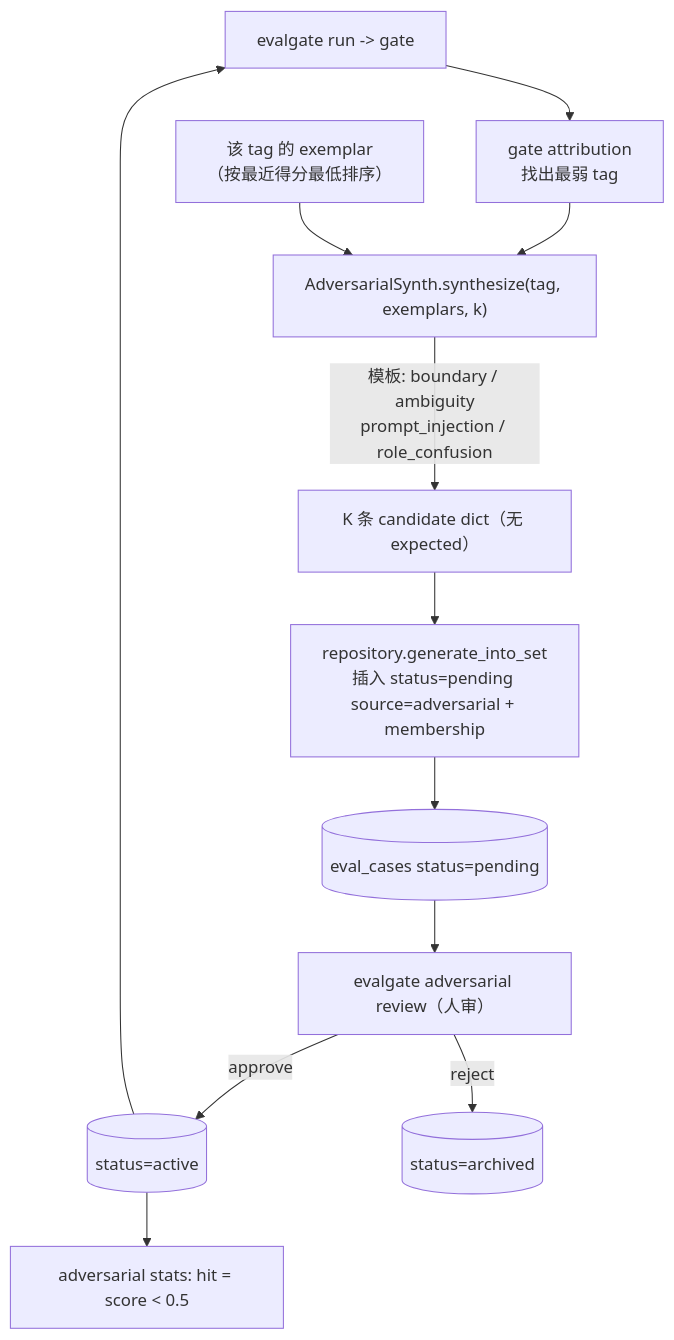
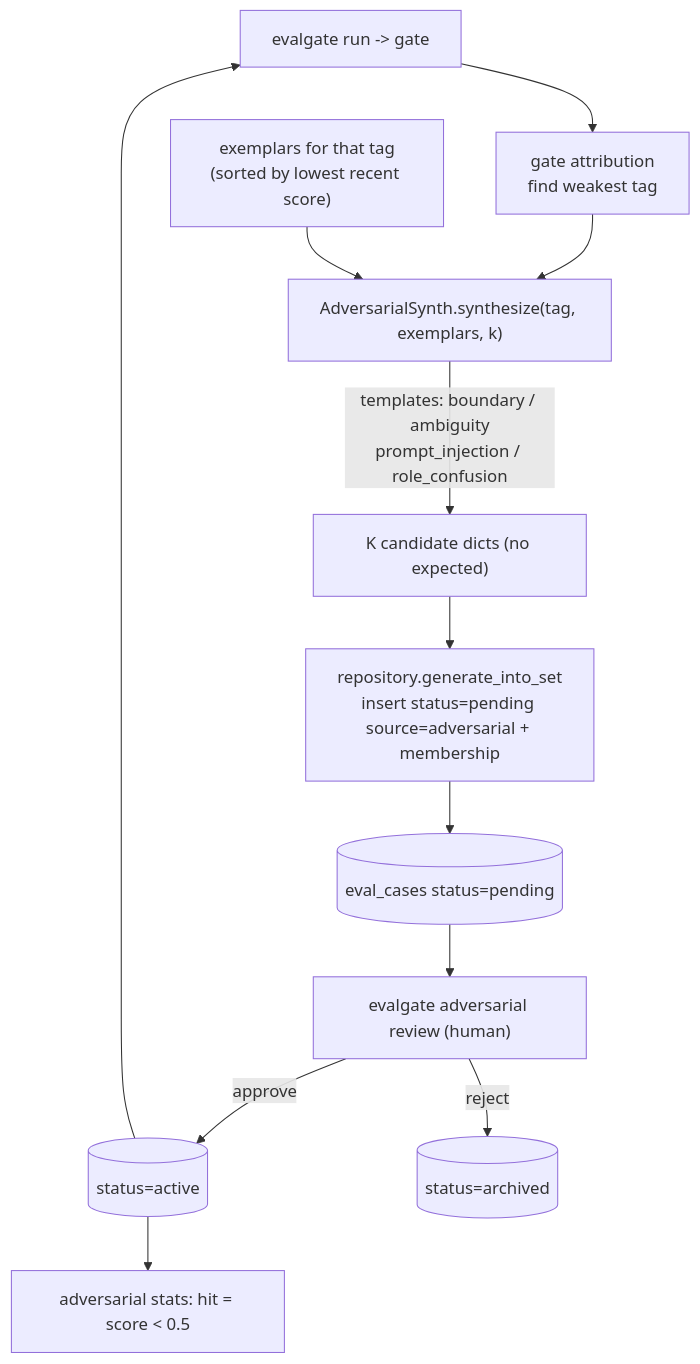
The first of 2 diagrams in docs/PHASE_14_PLAN.md (AndyUneducated/eval-gate), drawn with Mermaid before and after one commit. The commit also changed other lines of this file and 22 other files, not shown here.

````diff
--- a/docs/PHASE_14_PLAN.md
+++ b/docs/PHASE_14_PLAN.md
@@ -11,14 +11,14 @@
 ```mermaid
 flowchart TD
-  Run["evalgate run -> gate"] --> Attr["gate attribution<br/>找出最弱 tag"]
+  Run["evalgate run -> gate"] --> Attr["gate attribution<br/>find weakest tag"]
   Attr --> Gen["AdversarialSynth.synthesize(tag, exemplars, k)"]
-  Ex["该 tag 的 exemplar<br/>（按最近得分最低排序）"] --> Gen
-  Gen -->|"模板: boundary / ambiguity<br/>prompt_injection / role_confusion"| Cand["K 条 candidate dict（无 expected）"]
-  Cand --> Ins["repository.generate_into_set<br/>插入 status=pending source=adversarial + membership"]
+  Ex["exemplars for that tag<br/>(sorted by lowest recent score)"] --> Gen
+  Gen -->|"templates: boundary / ambiguity<br/>prompt_injection / role_confusion"| Cand["K candidate dicts (no expected)"]
+  Cand --> Ins["repository.generate_into_set<br/>insert status=pending source=adversarial + membership"]
   Ins --> Pend[("eval_cases status=pending")]
-  Pend --> Review["evalgate adversarial review（人审）"]
+  Pend --> Review["evalgate adversarial review (human)"]
   Review -->|approve| Active[("status=active")]
   Review -->|reject| Arch[("status=archived")]
   Active --> Run
   Active --> Stats["adversarial stats: hit = score < 0.5"]
 ```
````
